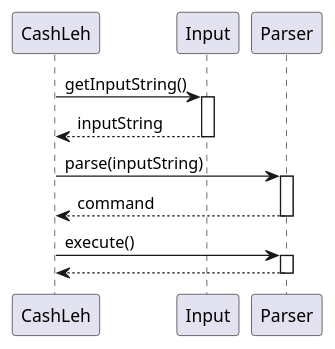
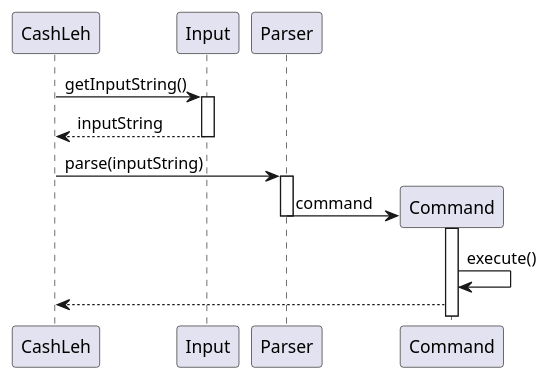
Before and after one commit to nus-cs2113-AY2324S1/tp: the diagram in docs/uml/main_example.puml, drawn with PlantUML. The commit also changed 2 other files, not shown here.

Commit message:
Update user guide and UML diagram

```diff
--- a/docs/uml/main_example.puml
+++ b/docs/uml/main_example.puml
@@ -1,19 +1,21 @@
 @startuml
 'https://plantuml.com/sequence-diagram
 
 CashLeh -> Input: getInputString()
 activate Input
 Input --> CashLeh: inputString
 deactivate Input
 
 CashLeh -> Parser: parse(inputString)
 activate Parser
-Parser --> CashLeh: command
+
+create Command
+Parser -> Command: command
+activate Command
 deactivate Parser
+Command -> Command: execute()
 
-CashLeh -> Parser: execute()
-activate Parser
-Parser --> CashLeh:
+Command --> CashLeh:
 deactivate Parser
 
 @enduml
```
